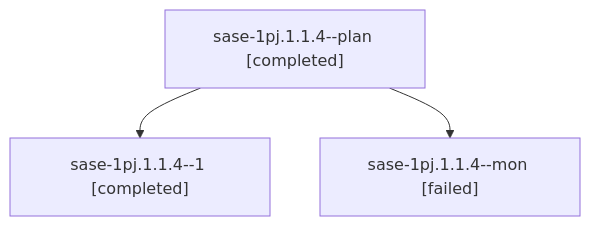
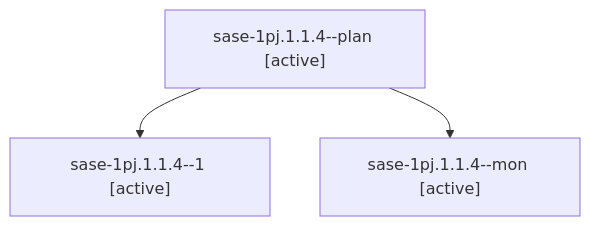
The diagram in sessions/bbugyi200.athena.sase-1pj.1.1.4.md (sase-org/sase--agents), drawn with Mermaid before and after one commit. The commit also changed other lines of this file and 110 other files, not shown here.

````diff
--- a/sessions/bbugyi200.athena.sase-1pj.1.1.4.md
+++ b/sessions/bbugyi200.athena.sase-1pj.1.1.4.md
@@ -9,8 +9,8 @@
 ```mermaid
 flowchart TD
-  n0["sase-1pj.1.1.4--plan [completed]"]
-  n1["sase-1pj.1.1.4--1 [completed]"]
+  n0["sase-1pj.1.1.4--plan [active]"]
+  n1["sase-1pj.1.1.4--1 [active]"]
   n0 --> n1
-  n2["sase-1pj.1.1.4--mon [failed]"]
+  n2["sase-1pj.1.1.4--mon [active]"]
   n0 --> n2
 ```
````
